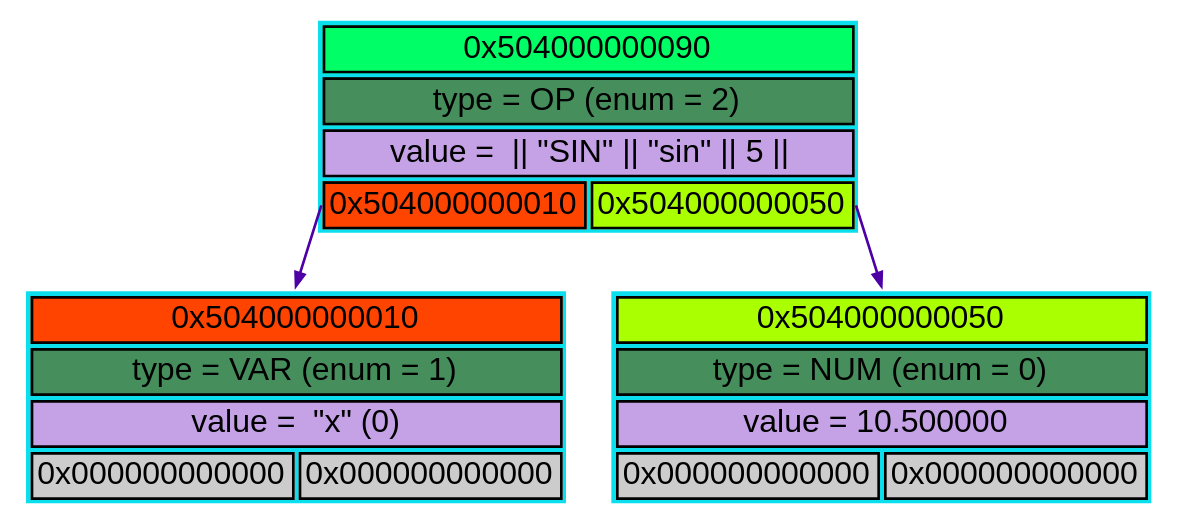
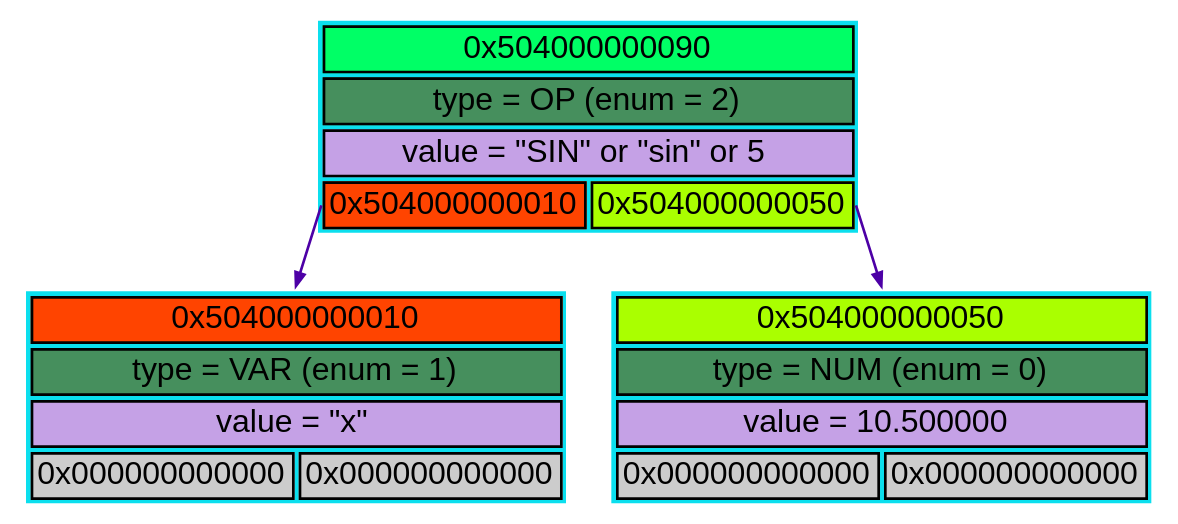
One commit to kovalevm2207/Math- changed the diagram in TreeMemStruct/svg_dot/dump.dot. Above: the diagram before and after it, drawn with Graphviz. The commit also changed 5 other files, not shown here.

```diff
--- a/TreeMemStruct/svg_dot/dump.dot
+++ b/TreeMemStruct/svg_dot/dump.dot
@@ -1,33 +1,33 @@
 digraph DUMP
 {
     rankdir=TB;
     splines=false;
     node[fontname="Arial",fontsize=24,];
     edge [style="bold", arrowhead="normal", splines=line, dir=normal]
     node0 [shape=plaintext, label=<
         <TABLE BORDER="0" CELLBORDER="2" CELLSPACING="3" CELLPADDING="3" BGCOLOR="#0bdfeeff" FIXEDSIZE="FALSE" ALIGN="CENTER" VALIGN="MIDDLE" SIDES="LRTB" >
             <TR><TD PORT="p" BGCOLOR="#00ff66" COLSPAN="2" COLOR="#000000">0x504000000090</TD></TR>
             <TR><TD PORT="t" BGCOLOR="#468f5dff" COLSPAN="2" COLOR="#000000ff">type = OP (enum = 2)</TD></TR>
-            <TR><TD PORT="v" BGCOLOR="#c5a1e6ff" COLSPAN="2" COLOR="#000000">value =  || "SIN" || "sin" || 5 ||</TD></TR>
+            <TR><TD PORT="v" BGCOLOR="#c5a1e6ff" COLSPAN="2" COLOR="#000000">value = "SIN" or "sin" or 5 </TD></TR>
             <TR><TD PORT="l" COLSPAN="1" ALIGN="CENTER" COLOR="#000000" BGCOLOR="#ff4400">0x504000000010</TD><TD PORT="r" COLSPAN="1" ALIGN="CENTER" COLOR="#000000" BGCOLOR="#aaff00">0x504000000050</TD></TR>
         </TABLE>
     >];
     node1 [shape=plaintext, label=<
         <TABLE BORDER="0" CELLBORDER="2" CELLSPACING="3" CELLPADDING="3" BGCOLOR="#0bdfeeff" FIXEDSIZE="FALSE" ALIGN="CENTER" VALIGN="MIDDLE" SIDES="LRTB" >
             <TR><TD PORT="p" BGCOLOR="#ff4400" COLSPAN="2" COLOR="#000000">0x504000000010</TD></TR>
             <TR><TD PORT="t" BGCOLOR="#468f5dff" COLSPAN="2" COLOR="#000000ff">type = VAR (enum = 1)</TD></TR>
-            <TR><TD PORT="v" BGCOLOR="#c5a1e6ff" COLSPAN="2" COLOR="#000000">value =  "x" (0)</TD></TR>
+            <TR><TD PORT="v" BGCOLOR="#c5a1e6ff" COLSPAN="2" COLOR="#000000">value = "x" </TD></TR>
             <TR><TD PORT="l" COLSPAN="1" ALIGN="CENTER" COLOR="#000000" BGCOLOR="#cccccc">0x000000000000</TD><TD PORT="r" COLSPAN="1" ALIGN="CENTER" COLOR="#000000" BGCOLOR="#cccccc">0x000000000000</TD></TR>
         </TABLE>
     >];
     node2 [shape=plaintext, label=<
         <TABLE BORDER="0" CELLBORDER="2" CELLSPACING="3" CELLPADDING="3" BGCOLOR="#0bdfeeff" FIXEDSIZE="FALSE" ALIGN="CENTER" VALIGN="MIDDLE" SIDES="LRTB" >
             <TR><TD PORT="p" BGCOLOR="#aaff00" COLSPAN="2" COLOR="#000000">0x504000000050</TD></TR>
             <TR><TD PORT="t" BGCOLOR="#468f5dff" COLSPAN="2" COLOR="#000000ff">type = NUM (enum = 0)</TD></TR>
             <TR><TD PORT="v" BGCOLOR="#c5a1e6ff" COLSPAN="2" COLOR="#000000">value = 10.500000 </TD></TR>
             <TR><TD PORT="l" COLSPAN="1" ALIGN="CENTER" COLOR="#000000" BGCOLOR="#cccccc">0x000000000000</TD><TD PORT="r" COLSPAN="1" ALIGN="CENTER" COLOR="#000000" BGCOLOR="#cccccc">0x000000000000</TD></TR>
         </TABLE>
     >];
     node0:<l> -> node1:n [dir=normal, color="#4d00a6ff"];
     node0:<r> -> node2:n [dir=normal, color="#4d00a6ff"];
 }
```
